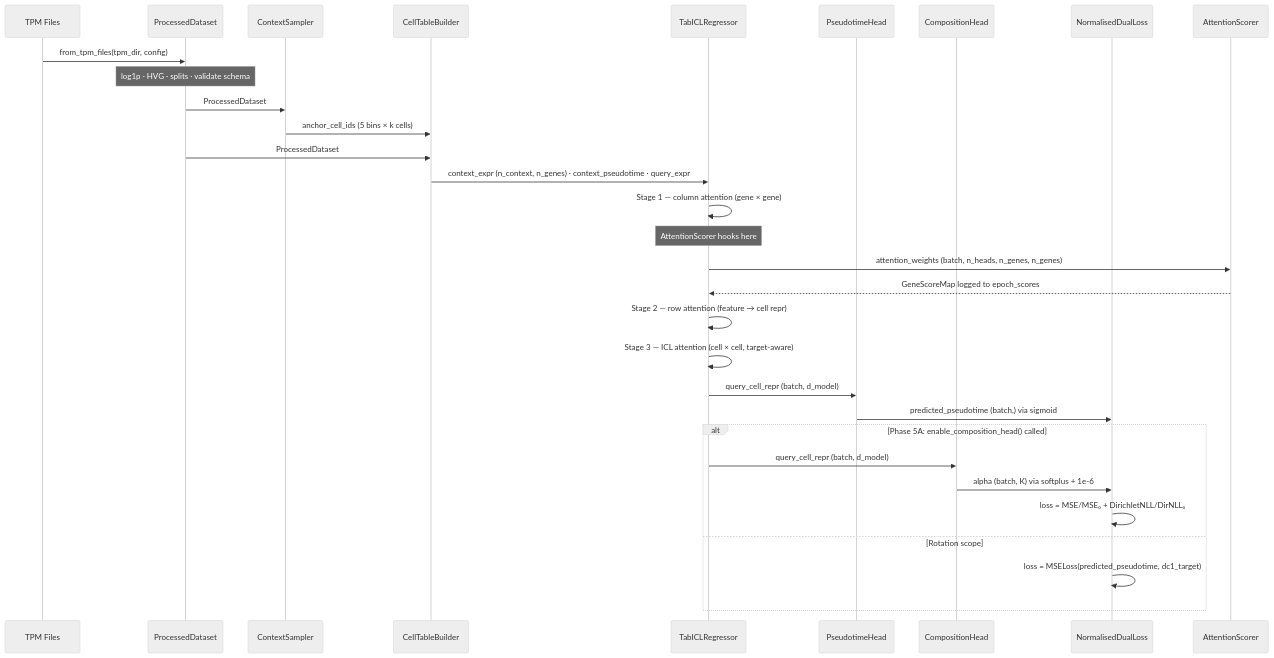
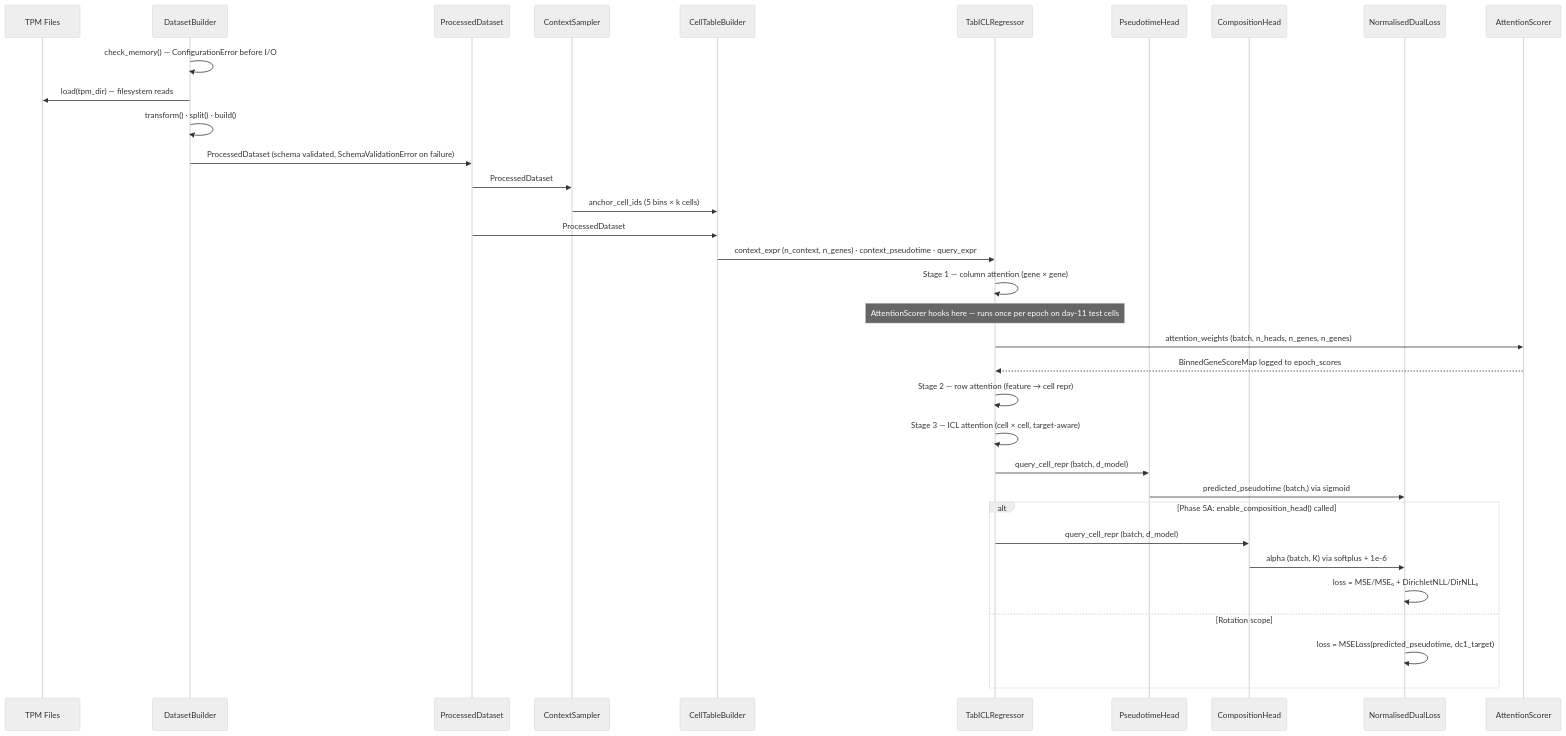
Before and after one commit to ChristianLangridge/TabGRN: the first of 3 diagrams in technical_design.md, drawn with Mermaid (neutral theme). The commit also changed other lines of this file and 1 other file, not shown here.

Commit message:
Added changes to TTD and inspecting GLS KO dataset

````diff
--- a/technical_design.md
+++ b/technical_design.md
@@ -521,38 +648,41 @@
 ```mermaid
 sequenceDiagram
     participant TPM as TPM Files
+    participant DB as DatasetBuilder
     participant DS as ProcessedDataset
     participant CS as ContextSampler
     participant CB as CellTableBuilder
     participant M as TabICLRegressor
     participant PH as PseudotimeHead
     participant CH as CompositionHead
     participant L as NormalisedDualLoss
     participant AS as AttentionScorer
 
-    TPM->>DS: from_tpm_files(tpm_dir, config)
-    Note over DS: log1p · HVG · splits · validate schema
+    DB->>DB: check_memory() — ConfigurationError before I/O
+    DB->>TPM: load(tpm_dir) — filesystem reads
+    DB->>DB: transform() · split() · build()
+    DB->>DS: ProcessedDataset (schema validated, SchemaValidationError on failure)
 
     DS->>CS: ProcessedDataset
     CS->>CB: anchor_cell_ids (5 bins × k cells)
     DS->>CB: ProcessedDataset
     CB->>M: context_expr (n_context, n_genes) · context_pseudotime · query_expr
 
     M->>M: Stage 1 — column attention (gene × gene)
-    Note over M: AttentionScorer hooks here
+    Note over M: AttentionScorer hooks here — runs once per epoch on day-11 test cells
     M->>AS: attention_weights (batch, n_heads, n_genes, n_genes)
-    AS-->>M: GeneScoreMap logged to epoch_scores
+    AS-->>M: BinnedGeneScoreMap logged to epoch_scores
 
     M->>M: Stage 2 — row attention (feature → cell repr)
     M->>M: Stage 3 — ICL attention (cell × cell, target-aware)
     M->>PH: query_cell_repr (batch, d_model)
     PH->>L: predicted_pseudotime (batch,) via sigmoid
 
     alt Phase 5A: enable_composition_head() called
         M->>CH: query_cell_repr (batch, d_model)
         CH->>L: alpha (batch, K) via softplus + 1e-6
         L->>L: loss = MSE/MSE₀ + DirichletNLL/DirNLL₀
     else Rotation scope
         L->>L: loss = MSELoss(predicted_pseudotime, dc1_target)
     end
 ```
````
